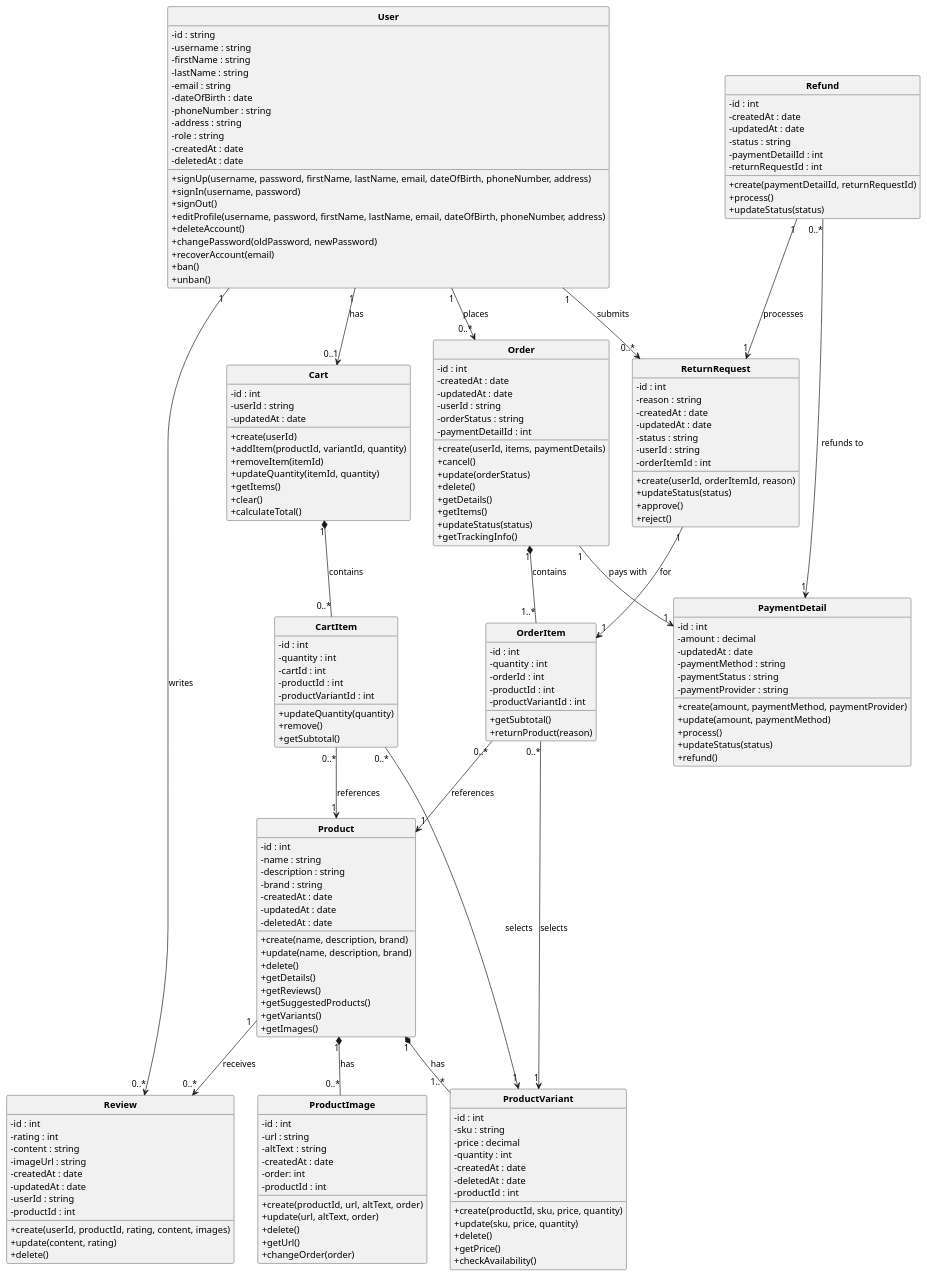
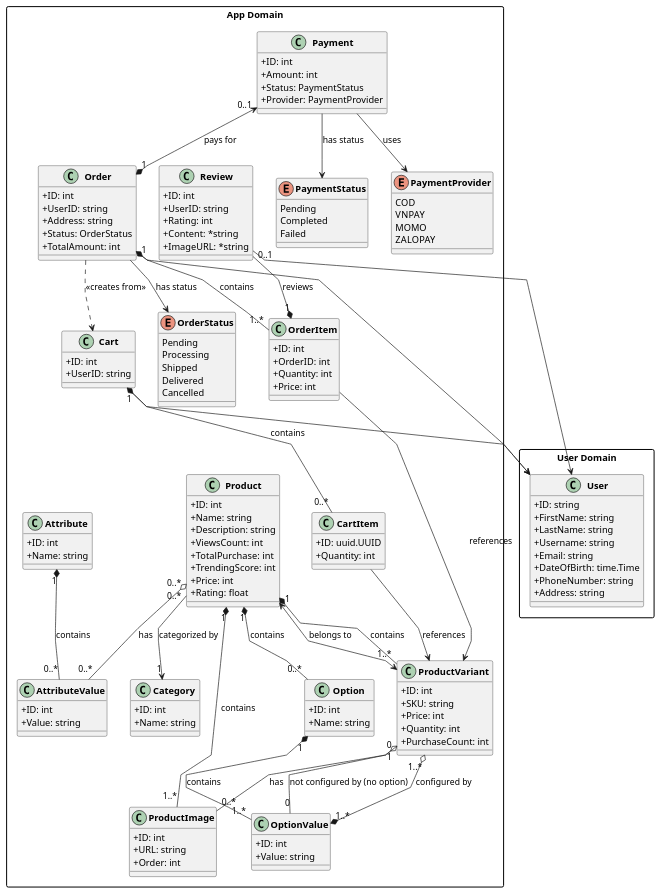
The diagram in docs/software-docs/class/index.md (electricilies/electricilies.github.io), drawn with PlantUML before and after one commit.

Commit message:
fix(class): do it right

````diff
--- a/docs/software-docs/class/index.md
+++ b/docs/software-docs/class/index.md
@@ -3,226 +3,195 @@
 ```plantuml
-@startuml
+@startuml E-Commerce Domain Model
 
-hide circle
 skinparam classFontStyle bold
 skinparam classAttributeIconSize 0
 skinparam packageStyle rectangle
+/' skinparam linetype ortho '/
+skinparam linetype polyline
 
 
-class User {
-  - id : string
-  - username : string
-  - firstName : string
-  - lastName : string
-  - email : string
-  - dateOfBirth : date
-  - phoneNumber : string
-  - address : string
-  - role : string
-  - createdAt : date
-  - deletedAt : date
-
-  + signUp(username, password, firstName, lastName, email, dateOfBirth, phoneNumber, address)
-  + signIn(username, password)
-  + signOut()
-  + editProfile(username, password, firstName, lastName, email, dateOfBirth, phoneNumber, address)
-  + deleteAccount()
-  + changePassword(oldPassword, newPassword)
-  + recoverAccount(email)
-  + ban()
-  + unban()
+package "User Domain" {
+    class User {
+        +ID: string
+        +FirstName: string
+        +LastName: string
+        +Username: string
+        +Email: string
+        +DateOfBirth: time.Time
+        +PhoneNumber: string
+        +Address: string
+    }
 }
 
-class Product {
-  - id : int
-  - name : string
-  - description : string
-  - brand : string
-  - createdAt : date
-  - updatedAt : date
-  - deletedAt : date
+package "App Domain" {
 
-  + create(name, description, brand)
-  + update(name, description, brand)
-  + delete()
-  + getDetails()
-  + getReviews()
-  + getSuggestedProducts()
-  + getVariants()
-  + getImages()
+    ' ----- Category -----
+    class Category {
+        +ID: int
+        +Name: string
+    }
+
+    ' ----- Product and Related -----
+    class Product {
+        +ID: int
+        +Name: string
+        +Description: string
+        +ViewsCount: int
+        +TotalPurchase: int
+        +TrendingScore: int
+        +Price: int
+        +Rating: float
+    }
+
+    class Option {
+        +ID: int
+        +Name: string
+    }
+
+    class OptionValue {
+        +ID: int
+        +Value: string
+    }
+
+    class ProductVariant {
+        +ID: int
+        +SKU: string
+        +Price: int
+        +Quantity: int
+        +PurchaseCount: int
+    }
+
+    class ProductImage {
+        +ID: int
+        +URL: string
+        +Order: int
+    }
+
+    class Attribute {
+        +ID: int
+        +Name: string
+    }
+
+    class AttributeValue {
+        +ID: int
+        +Value: string
+    }
+
+    ' ----- Cart -----
+    class Cart {
+        +ID: int
+        +UserID: string
+    }
+
+    class CartItem {
+        +ID: uuid.UUID
+        +Quantity: int
+    }
+
+    ' ----- Order -----
+    class Order {
+        +ID: int
+        +UserID: string
+        +Address: string
+        +Status: OrderStatus
+        +TotalAmount: int
+    }
+
+    enum OrderStatus {
+        Pending
+        Processing
+        Shipped
+        Delivered
+        Cancelled
+    }
+
+    class OrderItem {
+        +ID: int
+        +OrderID: int
+        +Quantity: int
+        +Price: int
+    }
+
+    ' ----- Payment -----
+    class Payment {
+        +ID: int
+        +Amount: int
+        +Status: PaymentStatus
+        +Provider: PaymentProvider
+    }
+
+    enum PaymentStatus {
+        Pending
+        Completed
+        Failed
+    }
+
+    enum PaymentProvider {
+        COD
+        VNPAY
+        MOMO
+        ZALOPAY
+    }
+
+    ' ----- Review -----
+    class Review {
+        +ID: int
+        +UserID: string
+        +Rating: int
+        +Content: *string
+        +ImageURL: *string
+    }
+
+    ' ===== Relationships =====
+
+    ' Product Composition (diamond filled)
+    Product "1" *-- "0..*" Option : contains
+    Product "1" *-- "1..*" ProductVariant : contains
+    Product "1" *-- "1..*" ProductImage : contains
+
+    ' Option Composition
+    Option "1" *-- "1..*" OptionValue : contains
+
+    ' Product Aggregation
+    Product "0..*" o-- "0..*" AttributeValue : has
+
+    ' ProductVariant relationships
+    ProductVariant "0" -- "0" OptionValue : not configured by (no option)
+    ProductVariant "1..*" o--* "1..*" OptionValue : configured by
+    ProductVariant "1" o-- "0..*" ProductImage : has
+    ProductVariant <--> Product : belongs to
+
+    ' Category relationship
+    Product "0..*" --> "1" Category : categorized by
+
+    ' Attribute relationships
+    Attribute "1" *-- "0..*" AttributeValue : contains
+
+    ' Cart relationships
+    Cart "1" *-- "0..*" CartItem : contains
+    CartItem --> ProductVariant : references
+
+    ' Order relationships
+    Order "1" *-- "1..*" OrderItem : contains
+    OrderItem --> ProductVariant : references
+
+    ' Order depends on Cart (dependency)
+    Order ..> Cart : <<creates from>>
+    Order --> OrderStatus : has status
+
+    ' Payment relationships
+    Payment "0..1" <--* "1" Order : pays for
+    Payment --> PaymentStatus : has status
+    Payment --> PaymentProvider : uses
+
+    ' Review relationships
+    Review "0..1" --* "1" OrderItem : reviews
 }
 
-class ProductVariant {
-  - id : int
-  - sku : string
-  - price : decimal
-  - quantity : int
-  - createdAt : date
-  - deletedAt : date
-  - productId : int
-
-  + create(productId, sku, price, quantity)
-  + update(sku, price, quantity)
-  + delete()
-  + getPrice()
-  + checkAvailability()
-}
-
-class ProductImage {
-  - id : int
-  - url : string
-  - altText : string
-  - createdAt : date
-  - order: int
-  - productId : int
-
-  + create(productId, url, altText, order)
-  + update(url, altText, order)
-  + delete()
-  + getUrl()
-  + changeOrder(order)
-}
-
-class Review {
-  - id : int
-  - rating : int
-  - content : string
-  - imageUrl : string
-  - createdAt : date
-  - updatedAt : date
-  - userId : string
-  - productId : int
-
-  + create(userId, productId, rating, content, images)
-  + update(content, rating)
-  + delete()
-}
-
-
-class Cart {
-  - id : int
-  - userId : string
-  - updatedAt : date
-
-  + create(userId)
-  + addItem(productId, variantId, quantity)
-  + removeItem(itemId)
-  + updateQuantity(itemId, quantity)
-  + getItems()
-  + clear()
-  + calculateTotal()
-}
-
-class CartItem {
-  - id : int
-  - quantity : int
-  - cartId : int
-  - productId : int
-  - productVariantId : int
-
-  + updateQuantity(quantity)
-  + remove()
-  + getSubtotal()
-}
-
-
-class Order {
-  - id : int
-  - createdAt : date
-  - updatedAt : date
-  - userId : string
-  - orderStatus : string
-  - paymentDetailId : int
-
-  + create(userId, items, paymentDetails)
-  + cancel()
-  + update(orderStatus)
-  + delete()
-  + getDetails()
-  + getItems()
-  + updateStatus(status)
-  + getTrackingInfo()
-}
-
-class OrderItem {
-  - id : int
-  - quantity : int
-  - orderId : int
-  - productId : int
-  - productVariantId : int
-
-  + getSubtotal()
-  + returnProduct(reason)
-}
-
-
-class PaymentDetail {
-  - id : int
-  - amount : decimal
-  - updatedAt : date
-  - paymentMethod : string
-  - paymentStatus : string
-  - paymentProvider : string
-
-  + create(amount, paymentMethod, paymentProvider)
-  + update(amount, paymentMethod)
-  + process()
-  + updateStatus(status)
-  + refund()
-}
-
-
-class ReturnRequest {
-  - id : int
-  - reason : string
-  - createdAt : date
-  - updatedAt : date
-  - status : string
-  - userId : string
-  - orderItemId : int
-
-  + create(userId, orderItemId, reason)
-  + updateStatus(status)
-  + approve()
-  + reject()
-}
-
-class Refund {
-  - id : int
-  - createdAt : date
-  - updatedAt : date
-  - status : string
-  - paymentDetailId : int
-  - returnRequestId : int
-
-  + create(paymentDetailId, returnRequestId)
-  + process()
-  + updateStatus(status)
-}
-
-
-
-User "1" --> "0..1" Cart : has
-User "1" --> "0..*" Order : places
-User "1" --> "0..*" Review : writes
-User "1" --> "0..*" ReturnRequest : submits
-
-Product "1" *-- "1..*" ProductVariant : has
-Product "1" *-- "0..*" ProductImage : has
-Product "1" --> "0..*" Review : receives
-
-Cart "1" *-- "0..*" CartItem : contains
-CartItem "0..*" --> "1" Product : references
-CartItem "0..*" --> "1" ProductVariant : selects
-
-Order "1" *-- "1..*" OrderItem : contains
-Order "1" --> "1" PaymentDetail : pays with
-OrderItem "0..*" --> "1" Product : references
-OrderItem "0..*" --> "1" ProductVariant : selects
-
-ReturnRequest "1" --> "1" OrderItem : for
-Refund "1" --> "1" ReturnRequest : processes
-Refund "0..*" --> "1" PaymentDetail : refunds to
+' ===== User References (by ID only) =====
+Cart --> User
+Order --> User
+Review --> User
 
 @enduml
 ```
````
